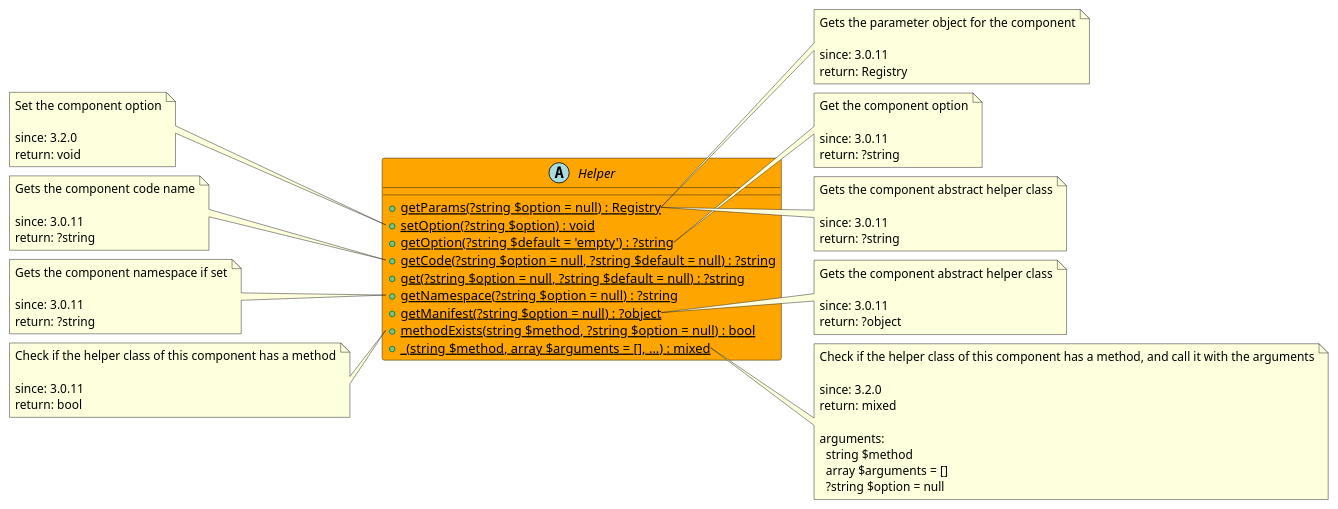
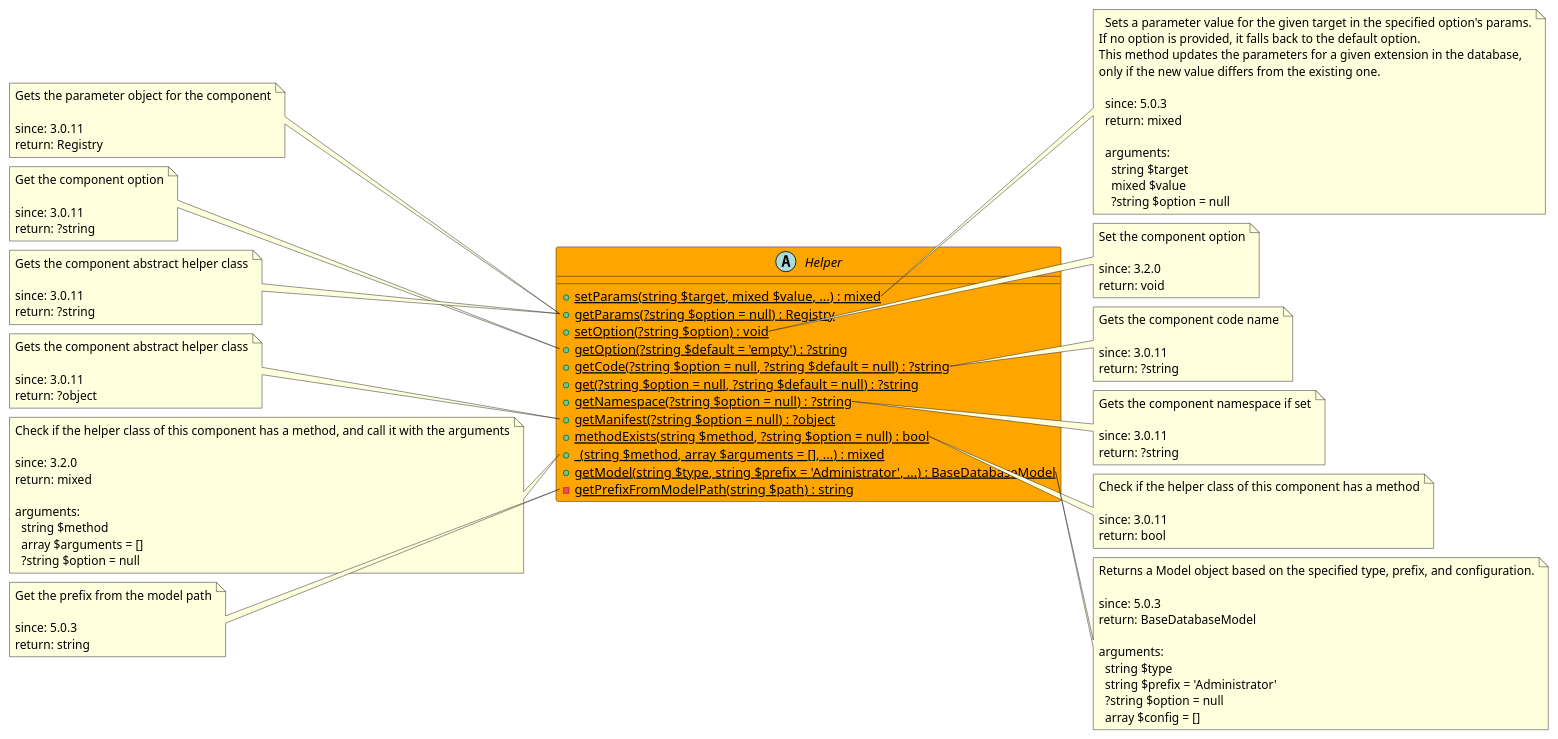
Before and after one commit to joomengine/super-powers: the diagram in src/640b5352-fb09-425f-a26e-cd44eda03f15/README.md, drawn with PlantUML. The commit also changed 29 other files, not shown here.

````diff
--- a/src/640b5352-fb09-425f-a26e-cd44eda03f15/README.md
+++ b/src/640b5352-fb09-425f-a26e-cd44eda03f15/README.md
@@ -12,6 +12,7 @@
 ```uml
 @startuml
 abstract Helper  #Orange {
+  + {static} setParams(string $target, mixed $value, ...) : mixed
   + {static} getParams(?string $option = null) : Registry
   + {static} setOption(?string $option) : void
   + {static} getOption(?string $default = 'empty') : ?string
@@ -21,65 +22,82 @@
   + {static} getManifest(?string $option = null) : ?object
   + {static} methodExists(string $method, ?string $option = null) : bool
   + {static} _(string $method, array $arguments = [], ...) : mixed
+  + {static} getModel(string $type, string $prefix = 'Administrator', ...) : BaseDatabaseModel
+  - {static} getPrefixFromModelPath(string $path) : string
 }
 
-note right of Helper::getParams
+note right of Helper::setParams
+  Sets a parameter value for the given target in the specified option's params.
+If no option is provided, it falls back to the default option.
+This method updates the parameters for a given extension in the database,
+only if the new value differs from the existing one.
+
+  since: 5.0.3
+  return: mixed
+  
+  arguments:
+    string $target
+    mixed $value
+    ?string $option = null
+end note
+
+note left of Helper::getParams
   Gets the parameter object for the component
 
   since: 3.0.11
   return: Registry
 end note
 
-note left of Helper::setOption
+note right of Helper::setOption
   Set the component option
 
   since: 3.2.0
   return: void
 end note
 
-note right of Helper::getOption
+note left of Helper::getOption
   Get the component option
 
   since: 3.0.11
   return: ?string
 end note
 
-note left of Helper::getCode
+note right of Helper::getCode
   Gets the component code name
 
   since: 3.0.11
   return: ?string
 end note
 
-note right of Helper::get
+note left of Helper::get
   Gets the component abstract helper class
 
   since: 3.0.11
   return: ?string
 end note
 
-note left of Helper::getNamespace
+note right of Helper::getNamespace
   Gets the component namespace if set
 
   since: 3.0.11
   return: ?string
 end note
 
-note right of Helper::getManifest
+note left of Helper::getManifest
   Gets the component abstract helper class
 
   since: 3.0.11
   return: ?object
 end note
 
-note left of Helper::methodExists
+note right of Helper::methodExists
   Check if the helper class of this component has a method
 
   since: 3.0.11
   return: bool
 end note
 
-note right of Helper::_
+note left of Helper::_
   Check if the helper class of this component has a method, and call it with the arguments
 
   since: 3.2.0
@@ -90,6 +108,26 @@
     array $arguments = []
     ?string $option = null
 end note
+
+note right of Helper::getModel
+  Returns a Model object based on the specified type, prefix, and configuration.
+
+  since: 5.0.3
+  return: BaseDatabaseModel
+  
+  arguments:
+    string $type
+    string $prefix = 'Administrator'
+    ?string $option = null
+    array $config = []
+end note
+
+note left of Helper::getPrefixFromModelPath
+  Get the prefix from the model path
+
+  since: 5.0.3
+  return: string
+end note
  
 @enduml
 ```
````
